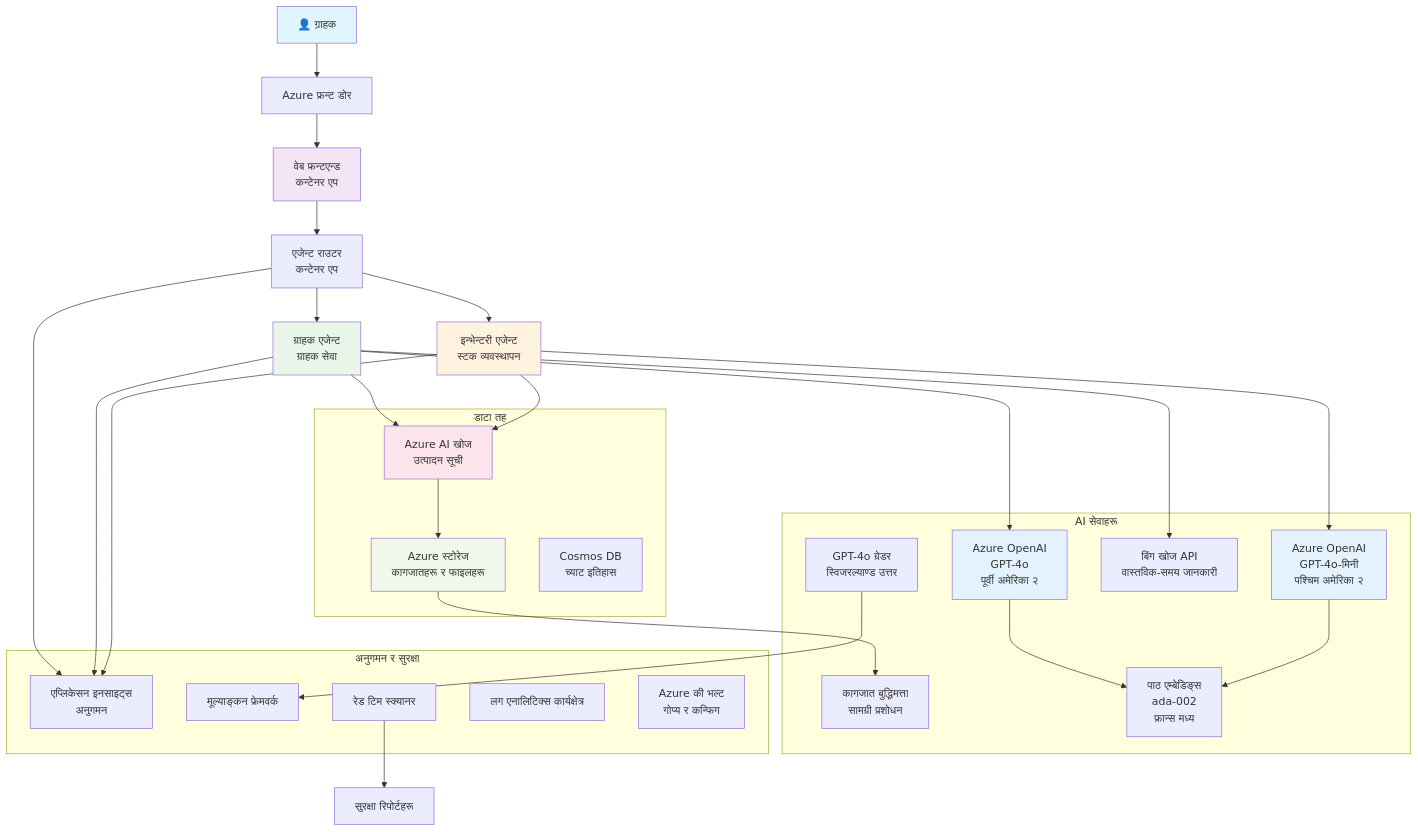
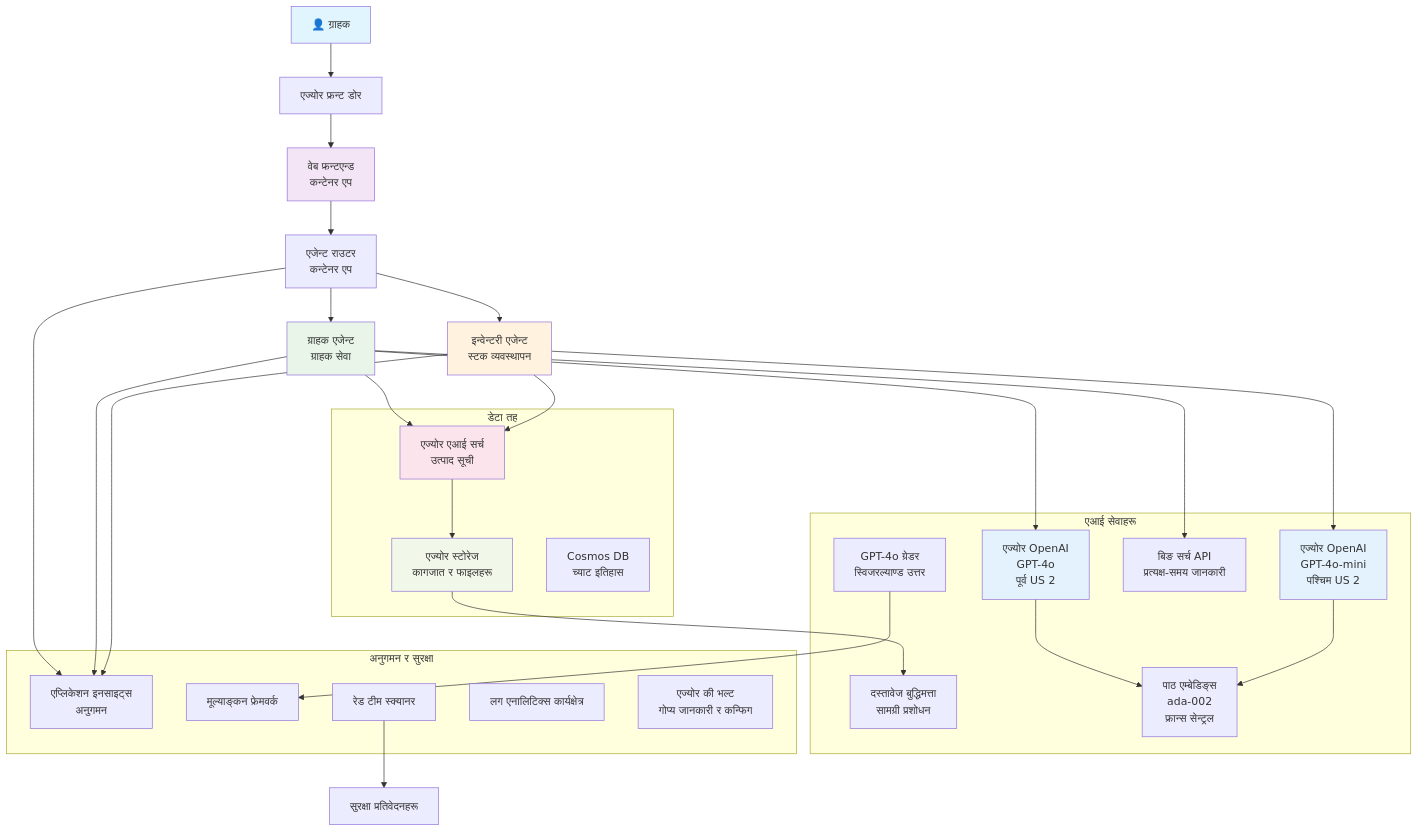
The diagram in translations/ne/examples/retail-scenario.md (microsoft/AZD-for-beginners), drawn with Mermaid before and after one commit. The commit also changed other lines of this file and 242 other files, not shown here.

````diff
--- a/translations/ne/examples/retail-scenario.md
+++ b/translations/ne/examples/retail-scenario.md
@@ -148,61 +139,61 @@
 ```mermaid
 graph TB
-    User[👤 ग्राहक] --> LB[Azure फ्रन्ट डोर]
+    User[👤 ग्राहक] --> LB[एज्योर फ्रन्ट डोर]
     LB --> WebApp[वेब फ्रन्टएन्ड<br/>कन्टेनर एप]
     
     WebApp --> Router[एजेन्ट राउटर<br/>कन्टेनर एप]
     Router --> CustomerAgent[ग्राहक एजेन्ट<br/>ग्राहक सेवा]
-    Router --> InvAgent[इन्भेन्टरी एजेन्ट<br/>स्टक व्यवस्थापन]
+    Router --> InvAgent[इन्वेन्टरी एजेन्ट<br/>स्टक व्यवस्थापन]
     
-    CustomerAgent --> OpenAI1[Azure OpenAI<br/>GPT-4o<br/>पूर्वी अमेरिका २]
-    InvAgent --> OpenAI2[Azure OpenAI<br/>GPT-4o-मिनी<br/>पश्चिम अमेरिका २]
+    CustomerAgent --> OpenAI1[एज्योर OpenAI<br/>GPT-4o<br/>पूर्व US 2]
+    InvAgent --> OpenAI2[एज्योर OpenAI<br/>GPT-4o-mini<br/>पश्चिम US 2]
     
-    CustomerAgent --> AISearch[Azure AI खोज<br/>उत्पादन सूची]
-    CustomerAgent --> BingSearch[बिंग खोज API<br/>वास्तविक-समय जानकारी]
+    CustomerAgent --> AISearch[एज्योर एआई सर्च<br/>उत्पाद सूची]
+    CustomerAgent --> BingSearch[बिङ सर्च API<br/>प्रत्यक्ष-समय जानकारी]
     InvAgent --> AISearch
     
-    AISearch --> Storage[Azure स्टोरेज<br/>कागजातहरू र फाइलहरू]
-    Storage --> DocIntel[कागजात बुद्धिमत्ता<br/>सामग्री प्रशोधन]
+    AISearch --> Storage[एज्योर स्टोरेज<br/>कागजात र फाइलहरू]
+    Storage --> DocIntel[दस्तावेज बुद्धिमत्ता<br/>सामग्री प्रशोधन]
     
-    OpenAI1 --> Embeddings[पाठ एम्बेडिङ्स<br/>ada-002<br/>फ्रान्स मध्य]
+    OpenAI1 --> Embeddings[पाठ एम्बेडिङ्स<br/>ada-002<br/>फ्रान्स सेन्ट्रल]
     OpenAI2 --> Embeddings
     
-    Router --> AppInsights[एप्लिकेसन इनसाइट्स<br/>अनुगमन]
+    Router --> AppInsights[एप्लिकेशन इनसाइट्स<br/>अनुगमन]
     CustomerAgent --> AppInsights
     InvAgent --> AppInsights
     
     GraderModel[GPT-4o ग्रेडर<br/>स्विजरल्याण्ड उत्तर] --> Evaluation[मूल्याङ्कन फ्रेमवर्क]
-    RedTeam[रेड टिम स्क्यानर] --> SecurityReports[सुरक्षा रिपोर्टहरू]
+    RedTeam[रेड टीम स्क्यानर] --> SecurityReports[सुरक्षा प्रतिवेदनहरू]
     
-    subgraph "डाटा तह"
+    subgraph "डेटा तह"
         Storage
         AISearch
         CosmosDB[Cosmos DB<br/>च्याट इतिहास]
     end
     
-    subgraph "AI सेवाहरू"
+    subgraph "एआई सेवाहरू"
         OpenAI1
         OpenAI2
         Embeddings
         GraderModel
         DocIntel
         BingSearch
     end
     
     subgraph "अनुगमन र सुरक्षा"
         AppInsights
         LogAnalytics[लग एनालिटिक्स कार्यक्षेत्र]
-        KeyVault[Azure की भल्ट<br/>गोप्य र कन्फिग]
+        KeyVault[एज्योर की भल्ट<br/>गोप्य जानकारी र कन्फिग]
         RedTeam
         Evaluation
     end
     
     style User fill:#e1f5fe
     style WebApp fill:#f3e5f5
     style CustomerAgent fill:#e8f5e8
     style InvAgent fill:#fff3e0
     style OpenAI1 fill:#e3f2fd
     style OpenAI2 fill:#e3f2fd
     style AISearch fill:#fce4ec
     style Storage fill:#f1f8e9
 ```
````
